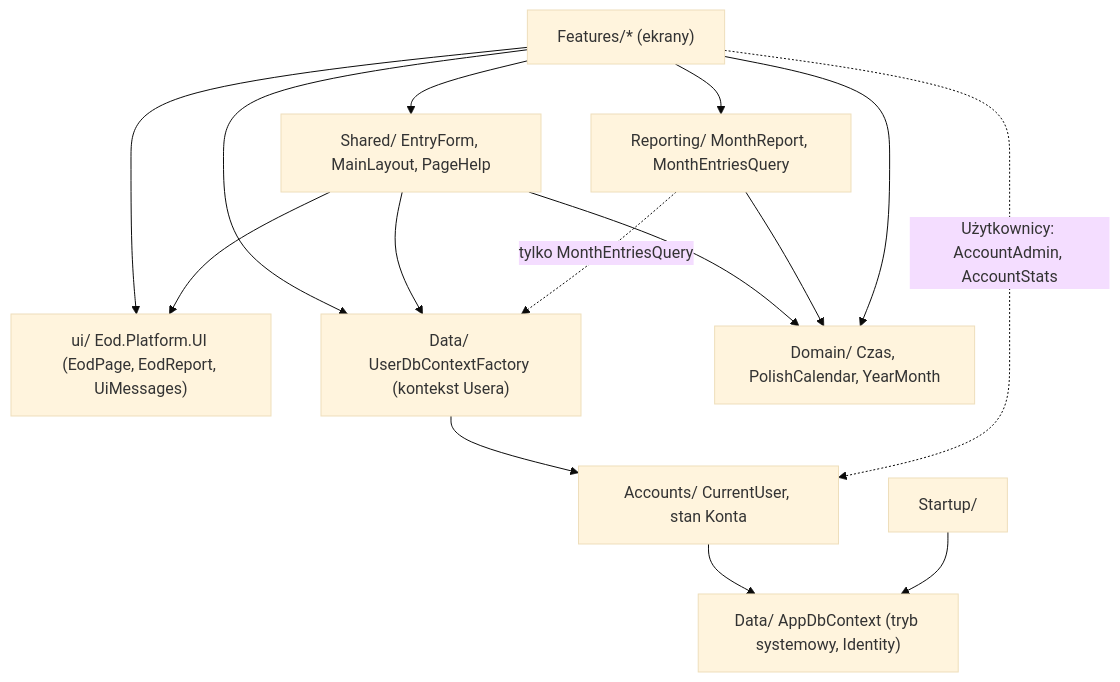
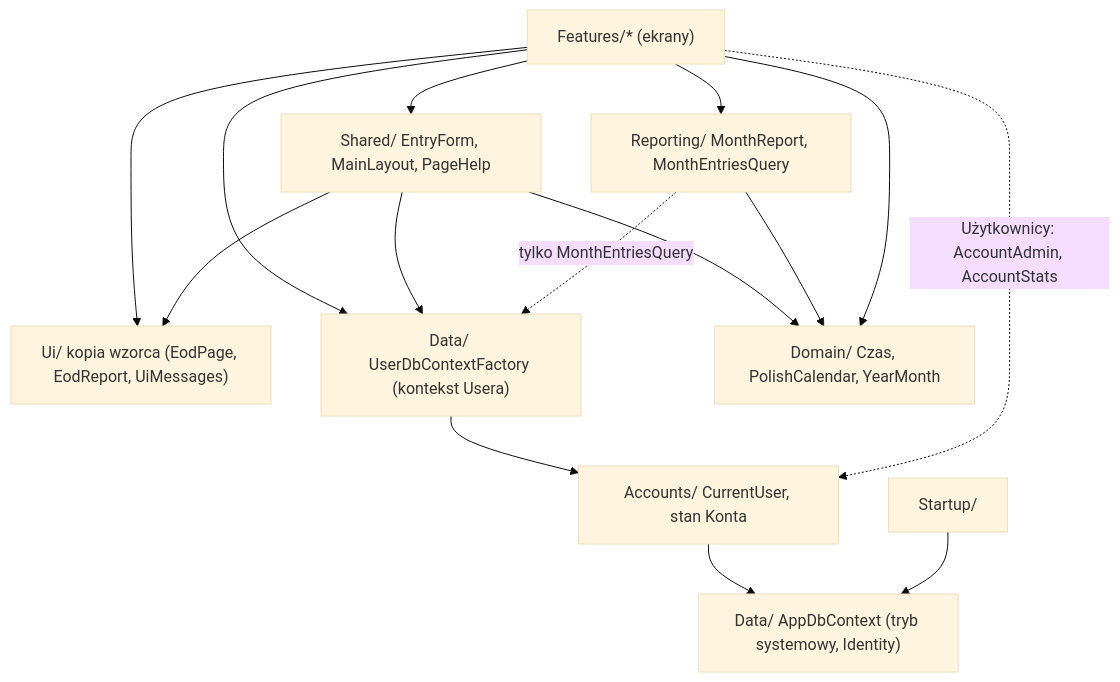
Before and after one commit to AgraelPL/rejestr-czasu-bmad: the first of 3 diagrams in _bmad-output/initiative-rejestr-czasu/architecture-rejestr-czasu/architecture-rejestr-czasu.md, drawn with Mermaid (base theme). The commit also changed other lines of this file and 7 other files, not shown here.

Commit message:
docs: eod-ui tylko jako wzór — kopia komponentów w Rejestrze zamiast podmodułu i zmian we wzorcu

````diff
--- a/_bmad-output/initiative-rejestr-czasu/architecture-rejestr-czasu/architecture-rejestr-czasu.md
+++ b/_bmad-output/initiative-rejestr-czasu/architecture-rejestr-czasu/architecture-rejestr-czasu.md
@@ -38,17 +38,17 @@
 ```mermaid
 graph TD
   Features["Features/* (ekrany)"] --> Shared["Shared/ EntryForm, MainLayout, PageHelp"]
-  Features --> EodUI["ui/ Eod.Platform.UI (EodPage, EodReport, UiMessages)"]
+  Features --> EodUI["Ui/ kopia wzorca (EodPage, EodReport, UiMessages)"]
   Shared --> EodUI
   Features --> Reporting["Reporting/ MonthReport, MonthEntriesQuery"]
   Features --> UserData["Data/ UserDbContextFactory (kontekst Usera)"]
   Shared --> UserData
   Shared --> Domain["Domain/ Czas, PolishCalendar, YearMonth"]
   Reporting --> Domain
   Reporting -.->|tylko MonthEntriesQuery| UserData
   Features --> Domain
   UserData --> Accounts["Accounts/ CurrentUser, stan Konta"]
   Features -.->|Użytkownicy: AccountAdmin, AccountStats| Accounts
   Accounts --> Data["Data/ AppDbContext (tryb systemowy, Identity)"]
   Startup["Startup/"] --> Data
 ```
````
